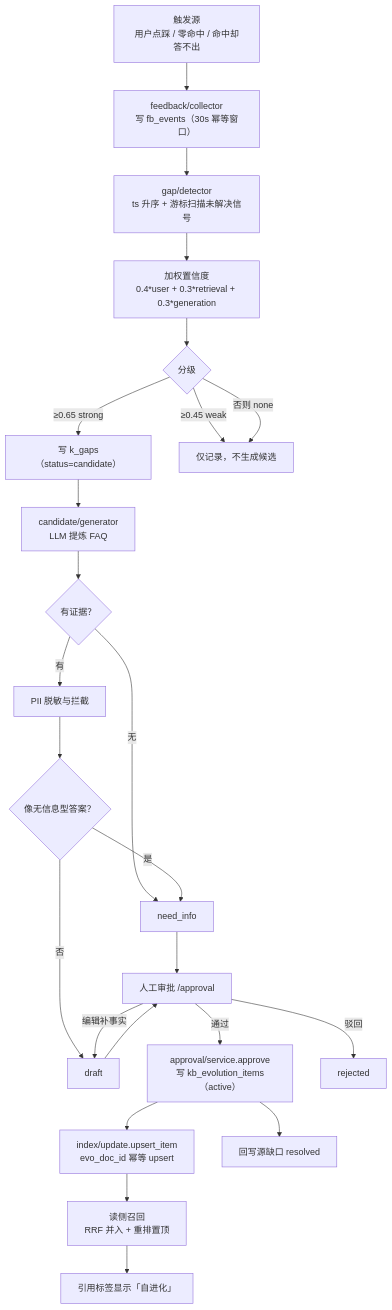
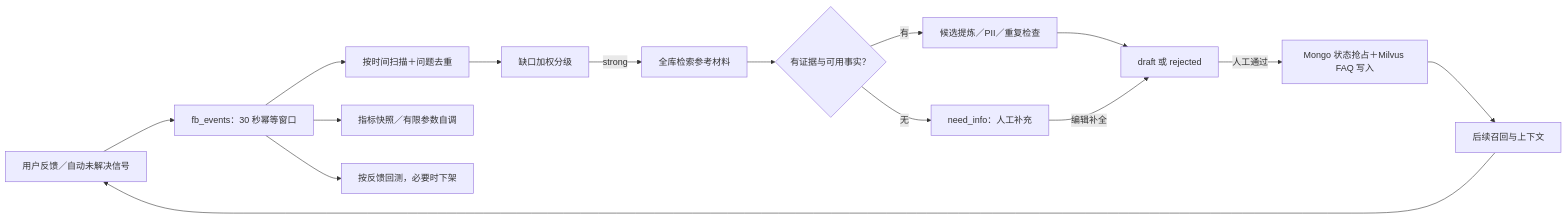
Before and after one commit to LZX842056112/se_rag: the fourth of 4 diagrams in docs/se_rag-技术讲解文档.md, drawn with Mermaid. The commit also changed other lines of this file and 3 other files, not shown here.

````diff
--- a/docs/se_rag-技术讲解文档.md
+++ b/docs/se_rag-技术讲解文档.md
@@ -271,26 +247,17 @@
 ```mermaid
-flowchart TD
-    A["触发源<br/>用户点踩 / 零命中 / 命中却答不出"] --> B["feedback/collector<br/>写 fb_events（30s 幂等窗口）"]
-    B --> C["gap/detector<br/>ts 升序 + 游标扫描未解决信号"]
-    C --> D["加权置信度<br/>0.4*user + 0.3*retrieval + 0.3*generation"]
-    D --> E{"分级"}
-    E -- "≥0.65 strong" --> F["写 k_gaps（status=candidate）"]
-    E -- "≥0.45 weak" --> W["仅记录，不生成候选"]
-    E -- "否则 none" --> W
-    F --> G["candidate/generator<br/>LLM 提炼 FAQ"]
-    G --> G1{"有证据？"}
-    G1 -- 无 --> G2["need_info"]
-    G1 -- 有 --> G3["PII 脱敏与拦截"]
-    G3 --> G4{"像无信息型答案？"}
-    G4 -- 是 --> G2
-    G4 -- 否 --> G5["draft"]
-    G2 --> H["人工审批 /approval"]
-    G5 --> H
-    H -- 编辑补事实 --> G5
-    H -- 通过 --> I["approval/service.approve<br/>写 kb_evolution_items（active）"]
-    H -- 驳回 --> J["rejected"]
-    I --> K["index/update.upsert_item<br/>evo_doc_id 幂等 upsert"]
-    K --> L["读侧召回<br/>RRF 并入 + 重排置顶"]
-    L --> M["引用标签显示「自进化」"]
-    I --> N["回写源缺口 resolved"]
+flowchart LR
+    A["用户反馈／自动未解决信号"] --> B["fb_events：30 秒幂等窗口"]
+    B --> C["按时间扫描＋问题去重"]
+    C --> D["缺口加权分级"]
+    D -->|strong| E["全库检索参考材料"]
+    E --> F{"有证据与可用事实？"}
+    F -->|无| G["need_info：人工补充"]
+    F -->|有| H["候选提炼／PII／重复检查"]
+    H --> I["draft 或 rejected"]
+    G -->|编辑补全| I
+    I -->|人工通过| J["Mongo 状态抢占＋Milvus FAQ 写入"]
+    J --> K["后续召回与上下文"]
+    K --> A
+    B --> L["指标快照／有限参数自调"]
+    B --> M["按反馈回测，必要时下架"]
 ```
````
